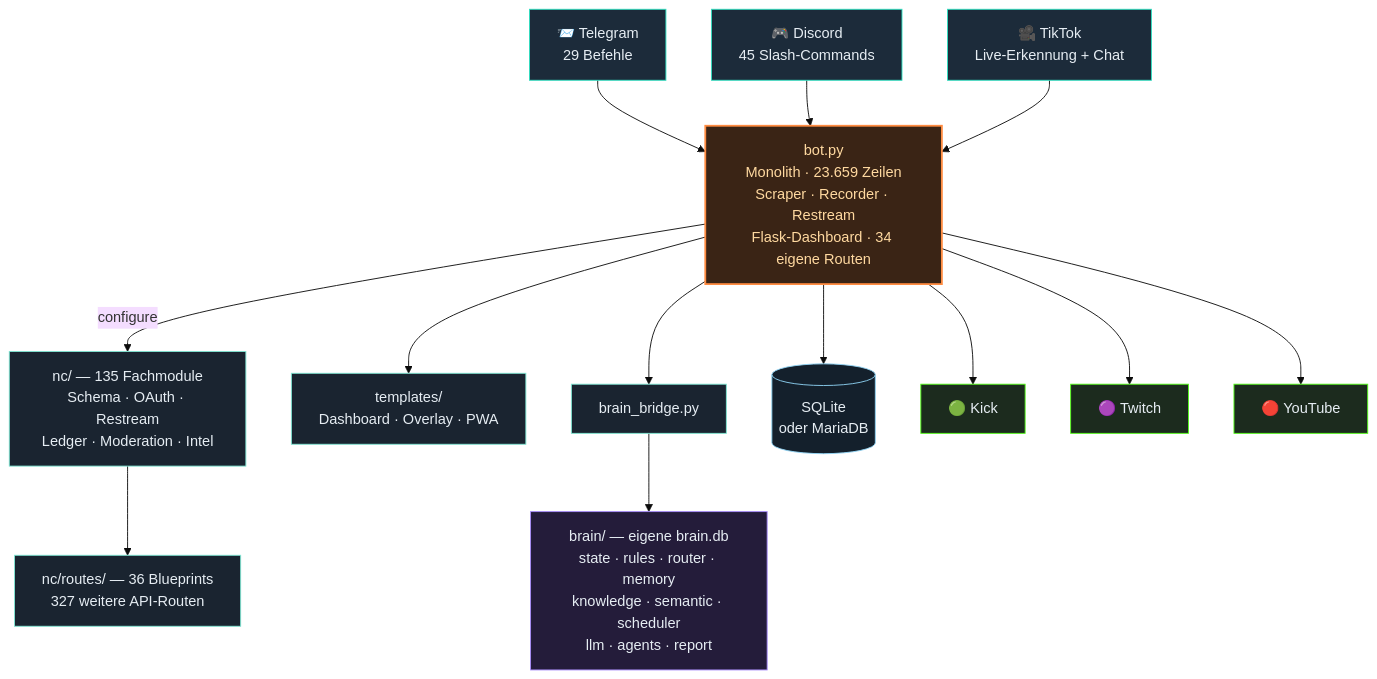
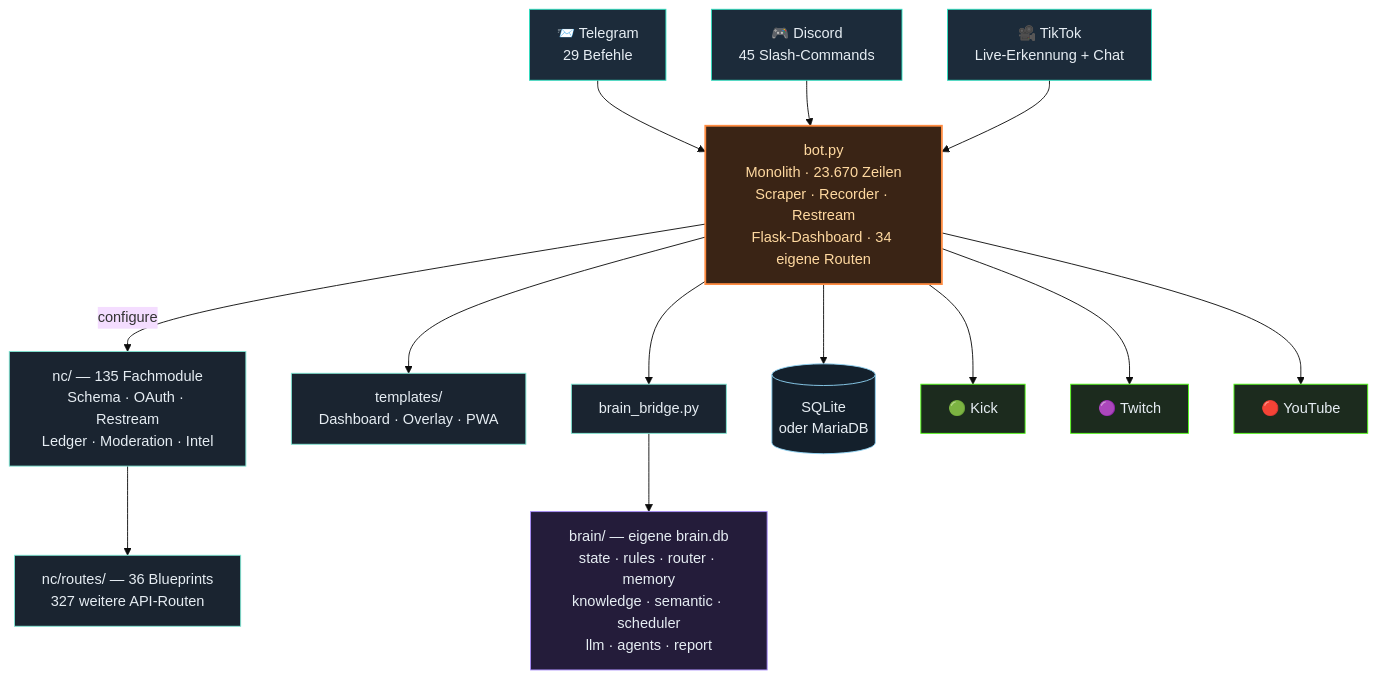
One commit to itsamemedev/Telegram-Stream-Info-Bot changed the third of 4 diagrams in README.md. Above: the diagram before and after it, drawn with Mermaid (base theme). The commit also changed other lines of this file and 7 other files, not shown here.

````diff
--- a/README.md
+++ b/README.md
@@ -189,30 +189,30 @@
 ```mermaid
 flowchart TB
     TG["📨 Telegram<br/>29 Befehle"]:::ein
     DC["🎮 Discord<br/>45 Slash-Commands"]:::ein
     TT["🎥 TikTok<br/>Live-Erkennung + Chat"]:::ein
 
     TG --> BOT
     DC --> BOT
     TT --> BOT
 
-    BOT["bot.py<br/>Monolith · 23.659 Zeilen<br/>Scraper · Recorder · Restream<br/>Flask-Dashboard · 34 eigene Routen"]:::core
+    BOT["bot.py<br/>Monolith · 23.670 Zeilen<br/>Scraper · Recorder · Restream<br/>Flask-Dashboard · 34 eigene Routen"]:::core
 
     BOT -->|configure| NC["nc/ — 135 Fachmodule<br/>Schema · OAuth · Restream<br/>Ledger · Moderation · Intel"]:::lib
     NC --> RT["nc/routes/ — 36 Blueprints<br/>327 weitere API-Routen"]:::lib
     BOT --> TPL["templates/<br/>Dashboard · Overlay · PWA"]:::lib
     BOT --> BR["brain_bridge.py"]:::lib
     BR --> BRAIN["brain/ — eigene brain.db<br/>state · rules · router · memory<br/>knowledge · semantic · scheduler<br/>llm · agents · report"]:::brain
     BOT --> DB[("SQLite<br/>oder MariaDB")]:::db
 
     BOT --> KICK["🟢 Kick"]:::out
     BOT --> TW["🟣 Twitch"]:::out
     BOT --> YT["🔴 YouTube"]:::out
 
     classDef ein fill:#1c2b3a,stroke:#2de1c2,color:#e6edf3
     classDef core fill:#3a2415,stroke:#ff8c42,stroke-width:2px,color:#ffd9a0
     classDef lib fill:#1a2430,stroke:#7fe7d4,color:#e6edf3
     classDef brain fill:#241c3a,stroke:#a78bfa,color:#e6edf3
     classDef db fill:#14202c,stroke:#8fd3f4,color:#e6edf3
     classDef out fill:#1c2b1e,stroke:#53fc18,color:#e6edf3
 ```
````
